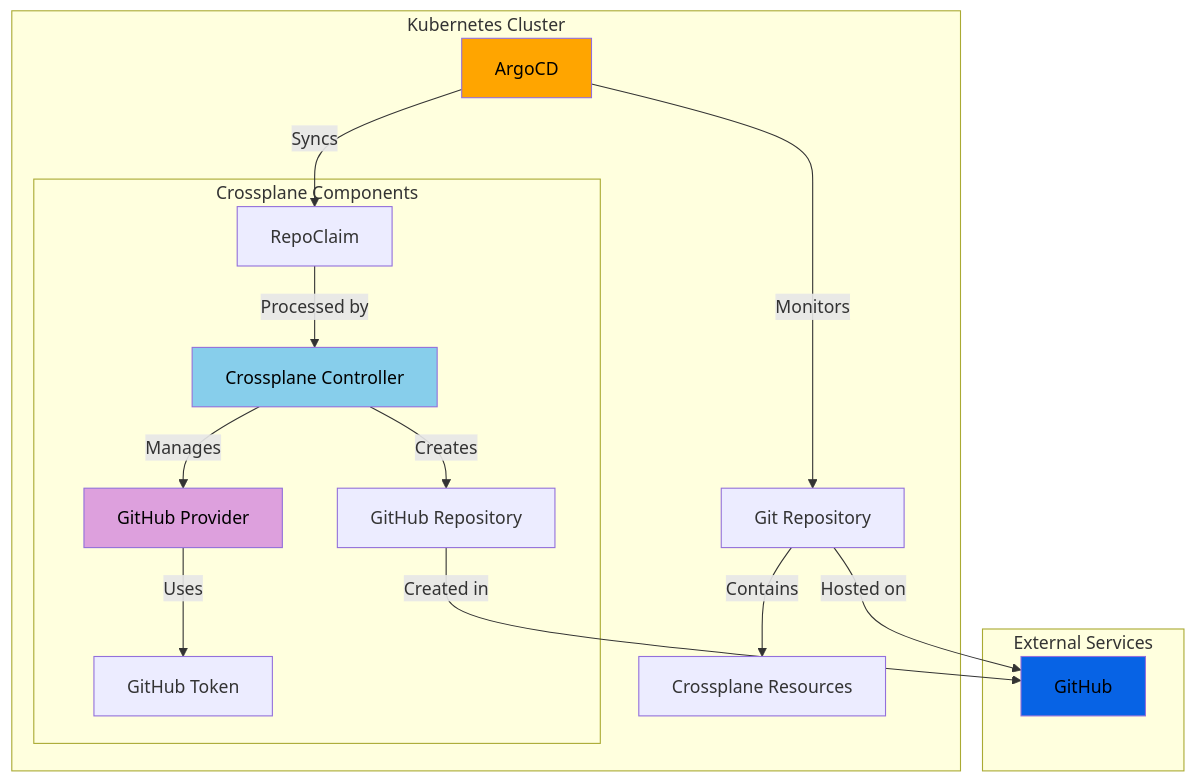
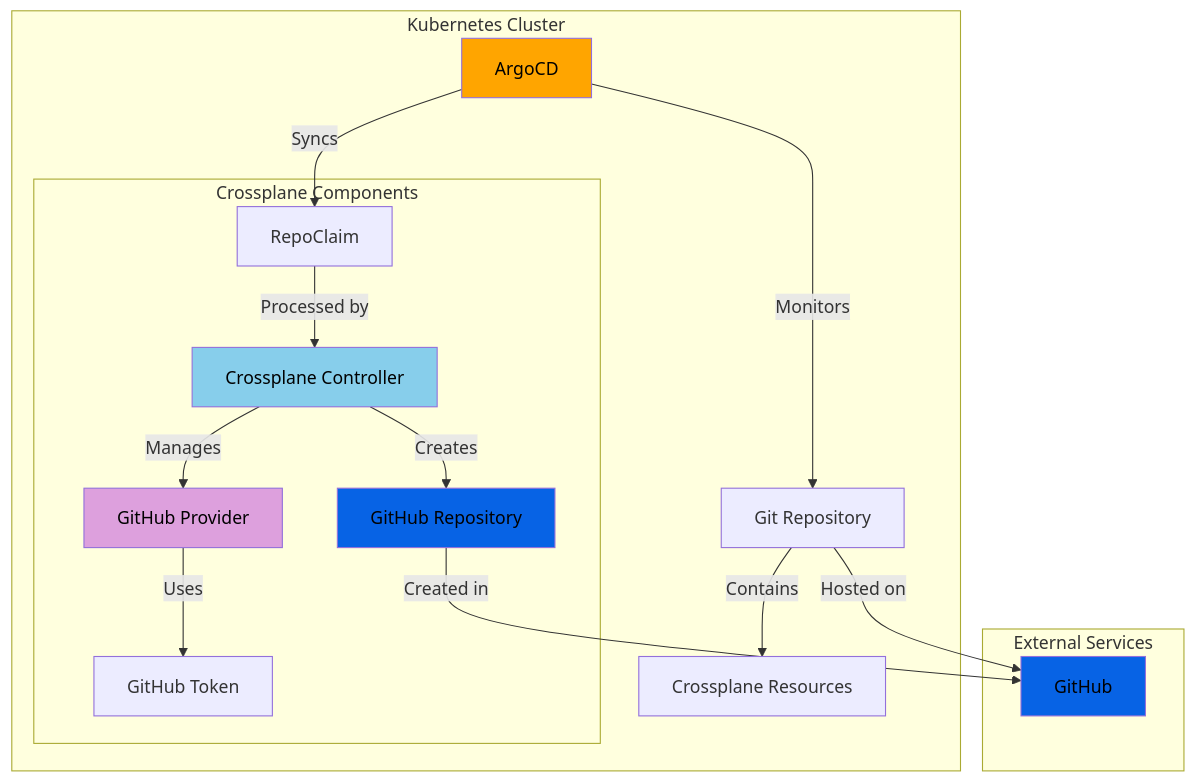
The diagram in gitops-crossplane-demo/README.md (osru-leu/dep-demo), drawn with Mermaid before and after one commit. The commit also changed other lines of this file and 4 other files, not shown here.

````diff
--- a/gitops-crossplane-demo/README.md
+++ b/gitops-crossplane-demo/README.md
@@ -7,26 +7,27 @@
 ```mermaid
 graph TD
     subgraph "Kubernetes Cluster"
         A[ArgoCD] -->|Monitors| B[Git Repository]
         B -->|Contains| C[Crossplane Resources]
         
         subgraph "Crossplane Components"
             D[Crossplane Controller] -->|Manages| E[GitHub Provider]
             E -->|Uses| F[GitHub Token]
             G[RepoClaim] -->|Processed by| D
             D -->|Creates| H[GitHub Repository]
         end
         
         A -->|Syncs| G
     end
     
     subgraph "External Services"
         B -->|Hosted on| I[GitHub]
         H -->|Created in| I
     end
 
     style A fill:#FFA500,color:#000000
     style D fill:#87CEEB,color:#000000
     style E fill:#DDA0DD,color:#000000
     style I fill:#0763e5,color:#000000
+    style H fill:#0763e5,color:#000000
 ```
````
